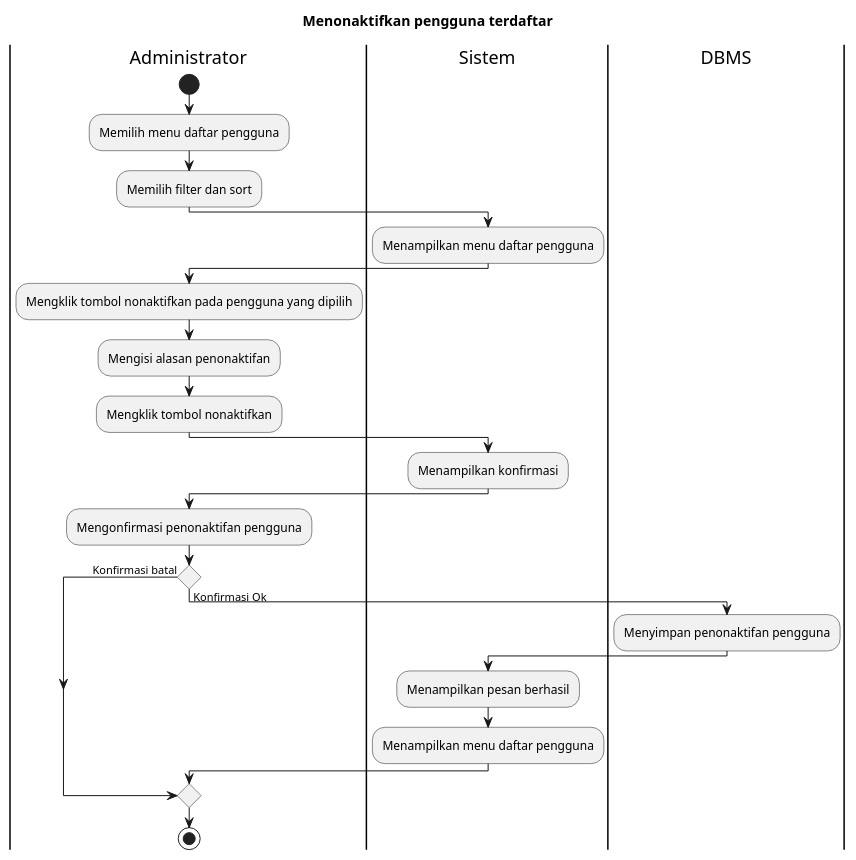
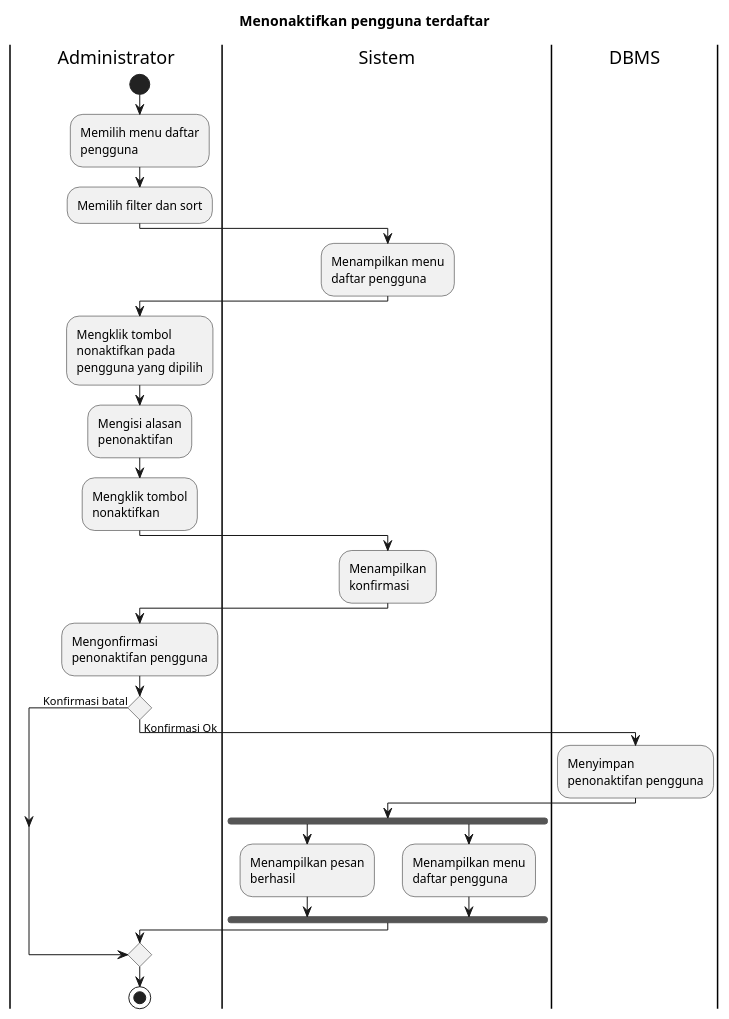
One commit to bagusNA/appl-diagrams changed the diagram in Activity Diagrams/UC-MGUSER - Manajemen Pengguna/UC-MGUSER-002 - Menonaktifkan pengguna terdaftar.puml. Above: the diagram before and after it, drawn with PlantUML. The commit also changed 55 other files, not shown here.

```diff
--- a/Activity Diagrams/UC-MGUSER - Manajemen Pengguna/UC-MGUSER-002 - Menonaktifkan pengguna terdaftar.puml
+++ b/Activity Diagrams/UC-MGUSER - Manajemen Pengguna/UC-MGUSER-002 - Menonaktifkan pengguna terdaftar.puml
@@ -1,36 +1,41 @@
 @startuml UC-MGUSER-002 - Menonaktifkan pengguna terdaftar
+skinparam wrapWidth 140
+
 title Menonaktifkan pengguna terdaftar
 
 |Administrator|
 start
 :Memilih menu daftar pengguna;
 :Memilih filter dan sort;
 
 |Sistem|
 :Menampilkan menu daftar pengguna;
 
 |Administrator|
 :Mengklik tombol nonaktifkan pada pengguna yang dipilih;
 :Mengisi alasan penonaktifan;
 :Mengklik tombol nonaktifkan;
 
 |Sistem|
 :Menampilkan konfirmasi;
 
 |Administrator|
 :Mengonfirmasi penonaktifan pengguna;
 
 if () then (Konfirmasi batal)
 else (Konfirmasi Ok)
   |DBMS|
   :Menyimpan penonaktifan pengguna;
 
   |Sistem|
-  :Menampilkan pesan berhasil;
-  :Menampilkan menu daftar pengguna;
+  fork
+    :Menampilkan pesan berhasil;
+  fork again
+    :Menampilkan menu daftar pengguna;
+  endfork
 endif
 
 |Administrator|
 stop
 
 @enduml
```
